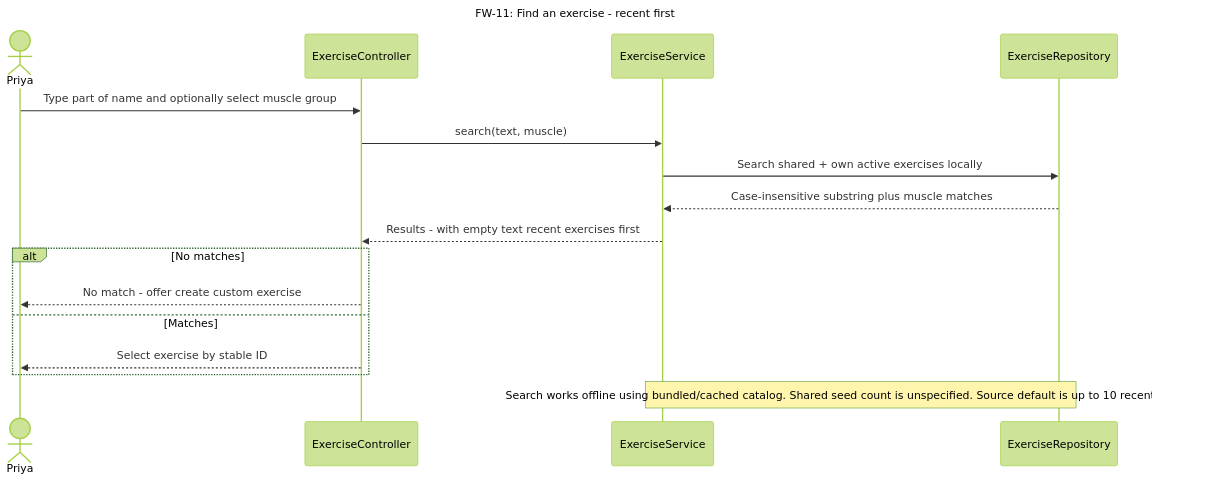
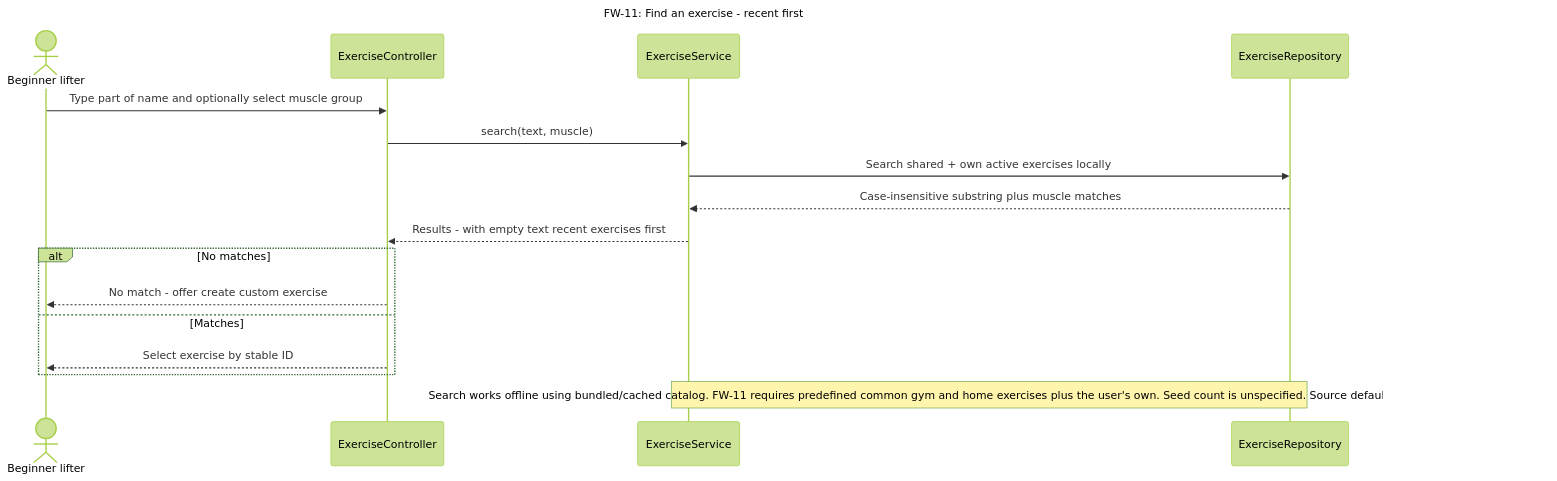
Before and after one commit to SebasLopez2005/SWEProject1: diagram 22 of 42 in docs/part2/design/README.md, drawn with Mermaid (forest theme). The commit also changed other lines of this file and 43 other files, not shown here.

Commit message:
Align fitness diagrams with revised professor-reviewed report

````diff
--- a/docs/part2/design/README.md
+++ b/docs/part2/design/README.md
@@ -1281,19 +1283,19 @@
 ```mermaid
 sequenceDiagram
     title FW-11: Find an exercise -  recent first
-    actor U as Priya
+    actor U as Beginner lifter
     participant C as ExerciseController
     participant S as ExerciseService
     participant R as ExerciseRepository
     U->>C: Type part of name and optionally select muscle group
     C->>S: search(text, muscle)
     S->>R: Search shared + own active exercises locally
     R-->>S: Case-insensitive substring plus muscle matches
     S-->>C: Results -  with empty text recent exercises first
     alt No matches
      C-->>U: No match -  offer create custom exercise
     else Matches
      C-->>U: Select exercise by stable ID
     end
-    Note over S,R: Search works offline using bundled/cached catalog. Shared seed count is unspecified. Source default is up to 10 recent items first.
+    Note over S,R: Search works offline using bundled/cached catalog. FW-11 requires predefined common gym and home exercises plus the user's own. Seed count is unspecified. Source default is up to 10 recent items first.
 ```
````
